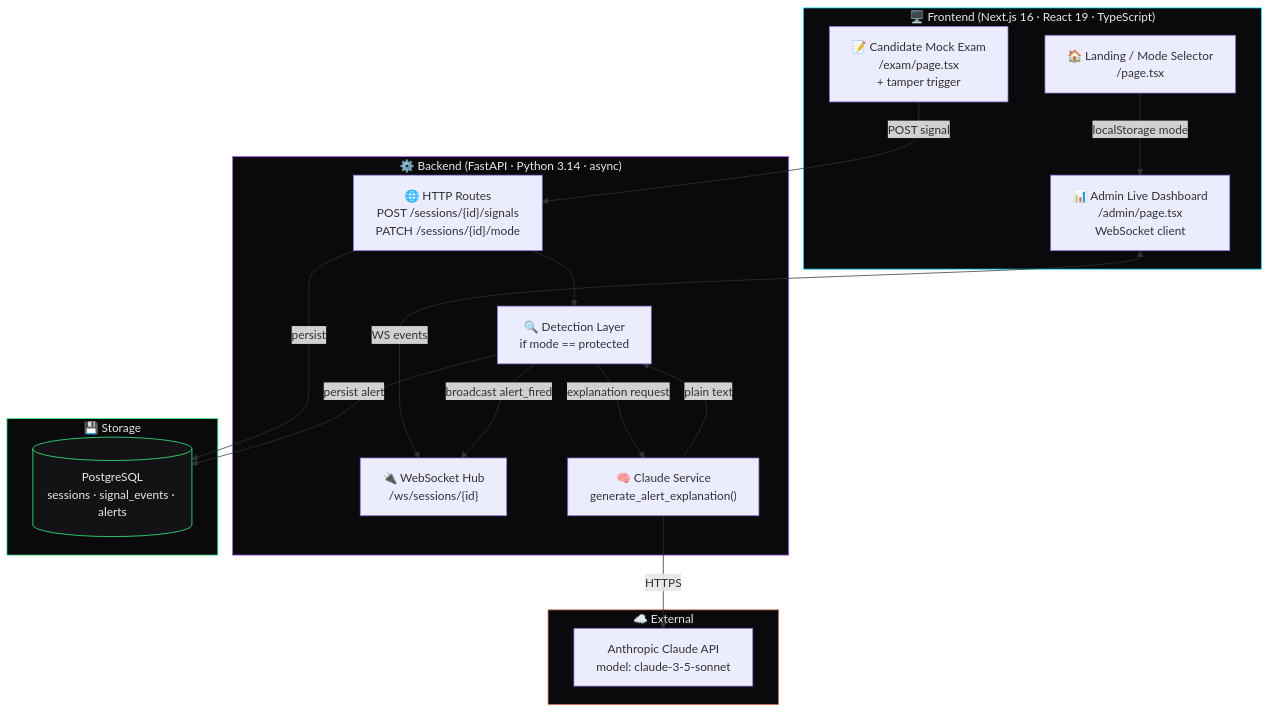
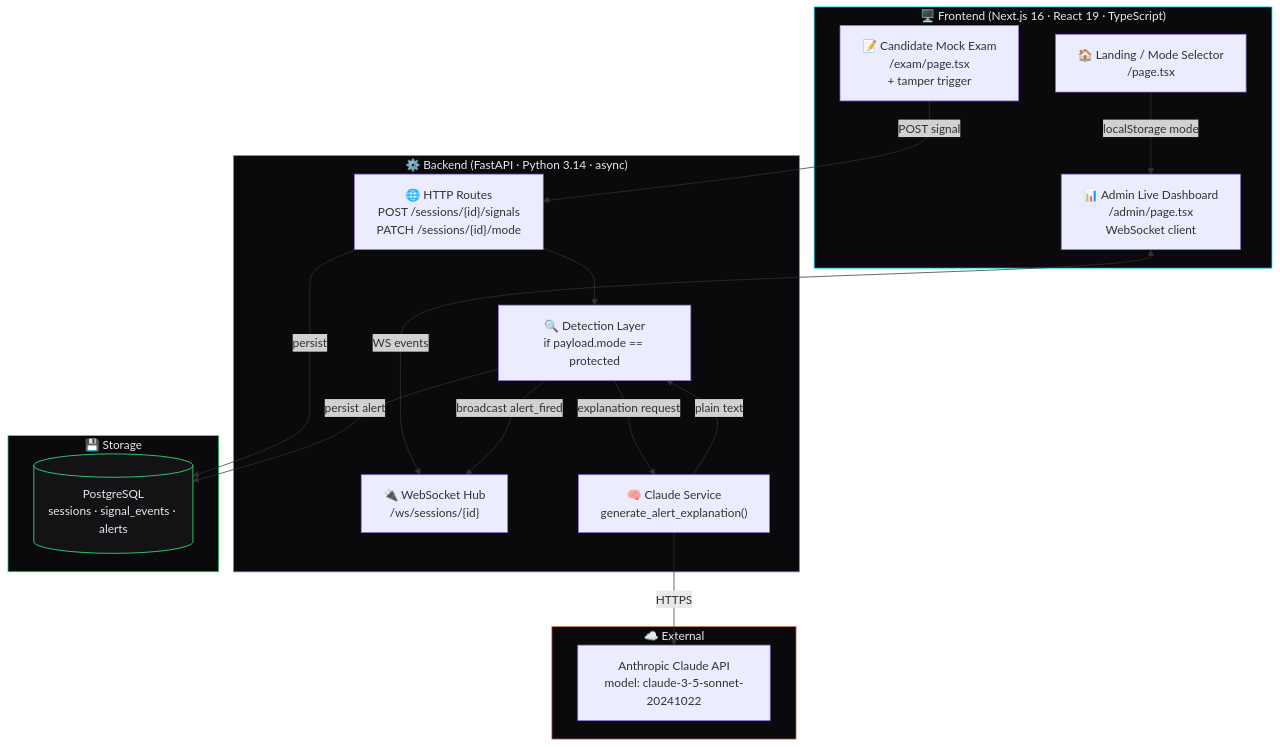
The third of 8 diagrams in README.md (soumyachk101/ShadowAudit), drawn with Mermaid before and after one commit. The commit also changed other lines of this file and 1 other file, not shown here.

````diff
--- a/README.md
+++ b/README.md
@@ -259,40 +261,40 @@
 ```mermaid
 flowchart TB
     subgraph Frontend["🖥️  Frontend  (Next.js 16 · React 19 · TypeScript)"]
         L["🏠 Landing / Mode Selector<br/>/page.tsx"]
         E["📝 Candidate Mock Exam<br/>/exam/page.tsx<br/>+ tamper trigger"]
         A["📊 Admin Live Dashboard<br/>/admin/page.tsx<br/>WebSocket client"]
     end
 
     subgraph Backend["⚙️  Backend  (FastAPI · Python 3.14 · async)"]
         R["🌐 HTTP Routes<br/>POST /sessions/{id}/signals<br/>PATCH /sessions/{id}/mode"]
         W["🔌 WebSocket Hub<br/>/ws/sessions/{id}"]
-        D["🔍 Detection Layer<br/>if mode == protected"]
+        D["🔍 Detection Layer<br/>if payload.mode == protected"]
         AI["🧠 Claude Service<br/>generate_alert_explanation()"]
     end
 
     subgraph Storage["💾  Storage"]
         DB[("PostgreSQL<br/>sessions · signal_events · alerts")]
     end
 
     subgraph External["☁️  External"]
-        Claude["Anthropic Claude API<br/>model: claude-3-5-sonnet"]
+        Claude["Anthropic Claude API<br/>model: claude-3-5-sonnet-20241022"]
     end
 
     E -->|POST signal| R
     L -->|localStorage mode| A
     A <-->|WS events| W
     R --> D
     D -->|explanation request| AI
     AI -->|HTTPS| Claude
     AI -->|plain text| D
     D -->|broadcast alert_fired| W
     R -->|persist| DB
     D -->|persist alert| DB
 
     style Frontend fill:#0a0a0c,stroke:#00e5ff,color:#e8e8ec
     style Backend fill:#0a0a0c,stroke:#a855f7,color:#e8e8ec
     style Storage fill:#0a0a0c,stroke:#39ff88,color:#e8e8ec
     style External fill:#0a0a0c,stroke:#D97757,color:#e8e8ec
     style DB fill:#131316,stroke:#39ff88,color:#e8e8ec
 ```
````
